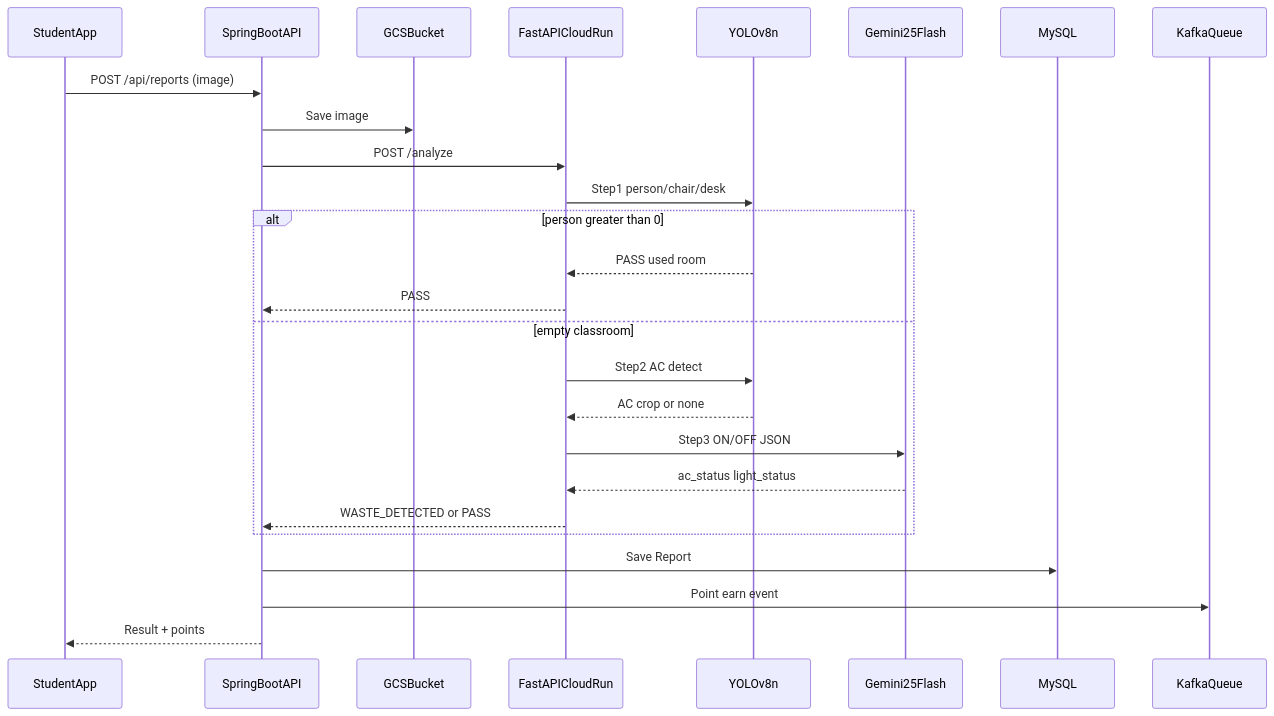
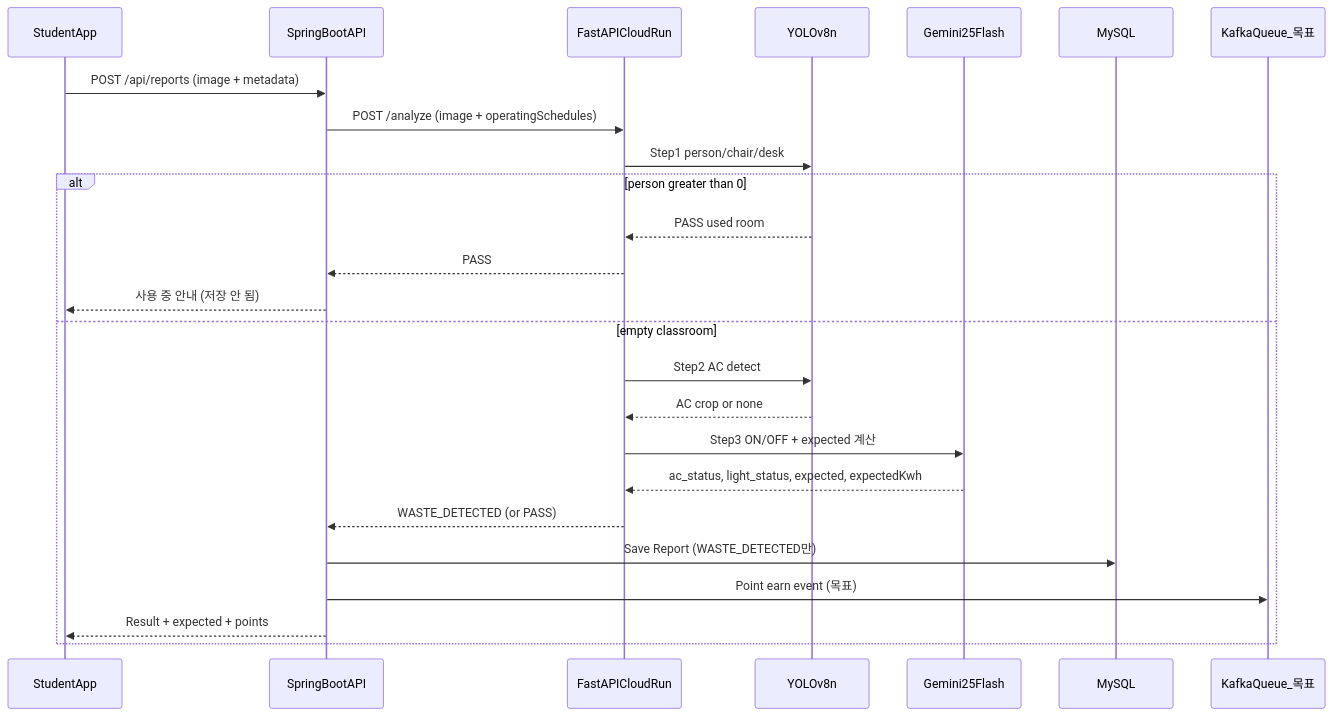
The second of 5 diagrams in docs/최종 제안서/6_시스템구조.md (ravenkim/sundry_study), drawn with Mermaid before and after one commit. The commit also changed other lines of this file and 30 other files, not shown here.

````diff
--- a/docs/최종 제안서/6_시스템구조.md
+++ b/docs/최종 제안서/6_시스템구조.md
@@ -83,29 +89,28 @@
 ```mermaid
 sequenceDiagram
   participant Client as StudentApp
   participant BE as SpringBootAPI
-  participant GCS as GCSBucket
   participant AI as FastAPICloudRun
   participant YOLO as YOLOv8n
   participant Gemini as Gemini25Flash
   participant DB as MySQL
-  participant Kafka as KafkaQueue
+  participant Kafka as KafkaQueue_목표
 
-  Client->>BE: POST /api/reports (image)
-  BE->>GCS: Save image
-  BE->>AI: POST /analyze
+  Client->>BE: POST /api/reports (image + metadata)
+  BE->>AI: POST /analyze (image + operatingSchedules)
   AI->>YOLO: Step1 person/chair/desk
   alt person greater than 0
     YOLO-->>AI: PASS used room
     AI-->>BE: PASS
+    BE-->>Client: 사용 중 안내 (저장 안 됨)
   else empty classroom
     AI->>YOLO: Step2 AC detect
     YOLO-->>AI: AC crop or none
-    AI->>Gemini: Step3 ON/OFF JSON
-    Gemini-->>AI: ac_status light_status
-    AI-->>BE: WASTE_DETECTED or PASS
+    AI->>Gemini: Step3 ON/OFF + expected 계산
+    Gemini-->>AI: ac_status, light_status, expected, expectedKwh
+    AI-->>BE: WASTE_DETECTED (or PASS)
+    BE->>DB: Save Report (WASTE_DETECTED만)
+    BE->>Kafka: Point earn event (목표)
+    BE-->>Client: Result + expected + points
   end
-  BE->>DB: Save Report
-  BE->>Kafka: Point earn event
-  BE-->>Client: Result + points
 ```
````
